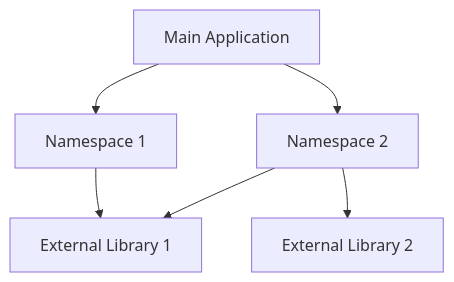
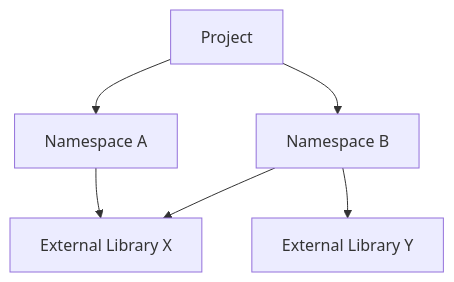
One commit to MasteryEducation/ClojureForJava.com changed the diagram in content/3/6/2/index.md. Above: the diagram before and after it, drawn with Mermaid. The commit also changed other lines of this file and 74 other files, not shown here.

````diff
--- a/content/3/6/2/index.md
+++ b/content/3/6/2/index.md
@@ -155,8 +184,8 @@
 ```mermaid
 graph TD;
-    A[Main Application] --> B[Namespace 1]
-    A --> C[Namespace 2]
-    B --> D[External Library 1]
-    C --> D
-    C --> E[External Library 2]
+    A[Project] --> B[Namespace A];
+    A --> C[Namespace B];
+    B --> D[External Library X];
+    C --> D;
+    C --> E[External Library Y];
 ```
````
